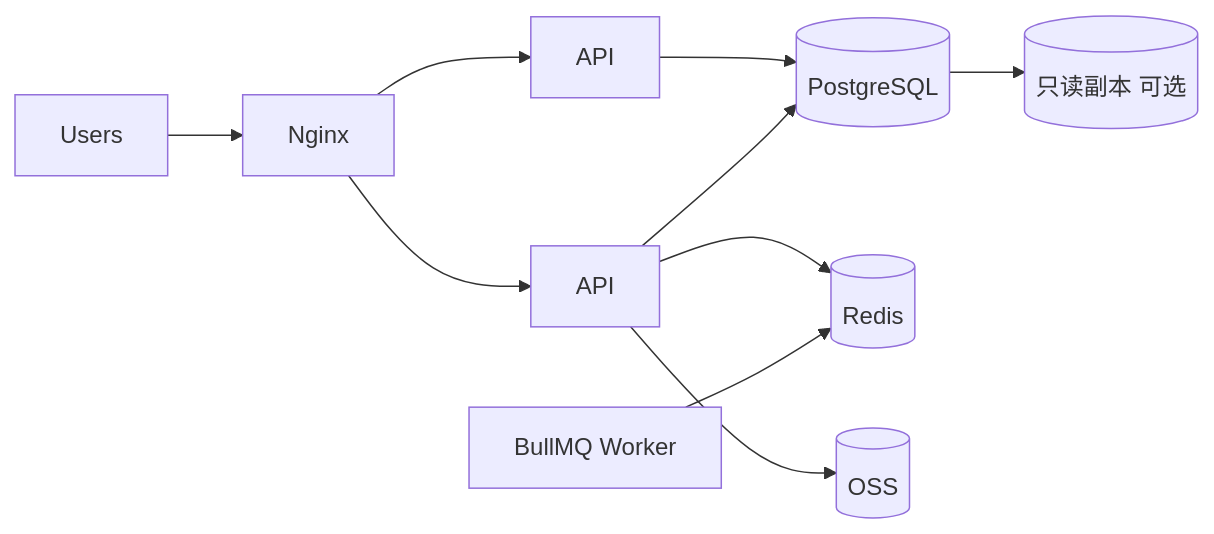
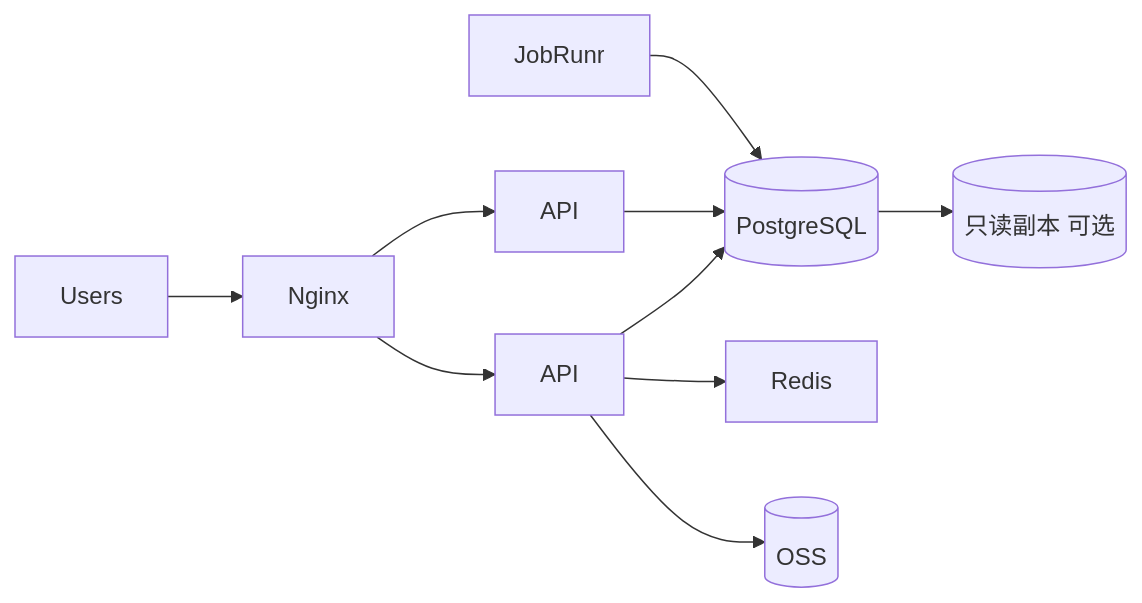
One commit to Jerry-RL/asset-management-system changed the second of 2 diagrams in docs/design/概要设计说明书.md. Above: the diagram before and after it, drawn with Mermaid. The commit also changed other lines of this file and 4 other files, not shown here.

````diff
--- a/docs/design/概要设计说明书.md
+++ b/docs/design/概要设计说明书.md
@@ -74,12 +74,12 @@
 ```mermaid
 flowchart LR
   Users --> Nginx
   Nginx --> API1[API]
   Nginx --> API2[API]
   API1 --> PG[(PostgreSQL)]
   API2 --> PG
-  Worker[BullMQ Worker] --> Redis[(Redis)]
+  Worker[JobRunr] --> PG
   API1 --> Redis
   API1 --> OSS[(OSS)]
   PG --> PGR[(只读副本 可选)]
 ```
````
